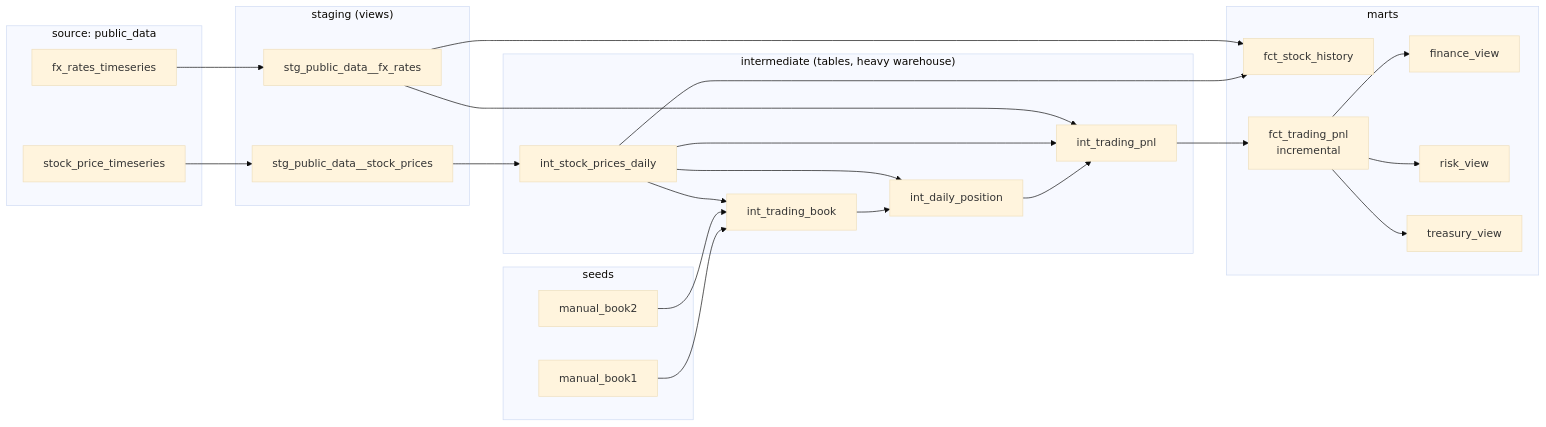
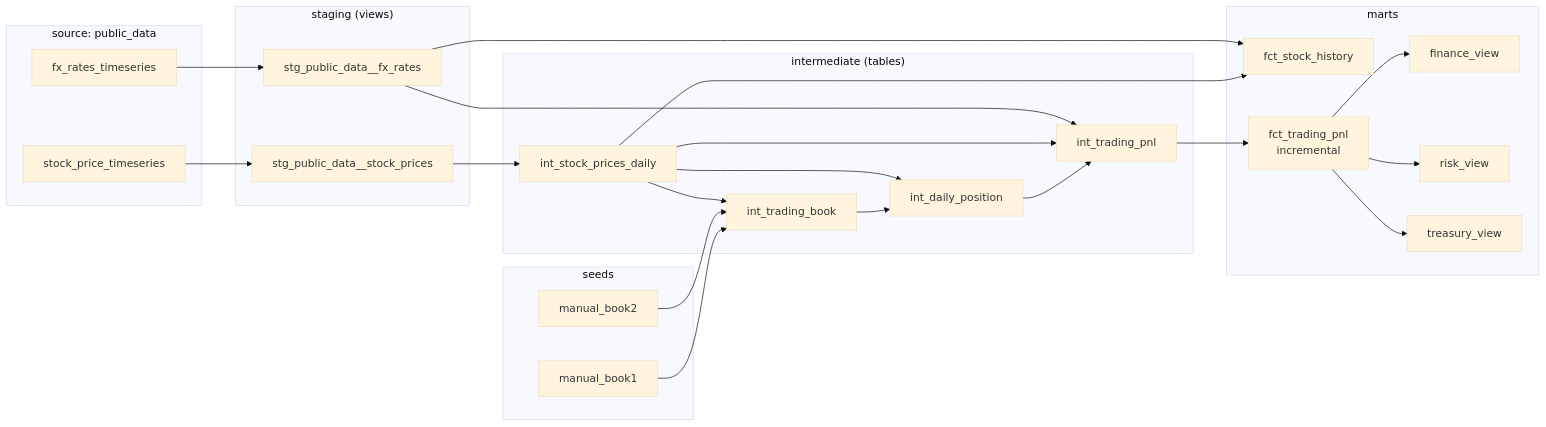
Before and after one commit to Grechenish/02_dbt_core_snowflake: the second of 2 diagrams in docs/SYSTEM_OVERVIEW.md, drawn with Mermaid (base theme). The commit also changed other lines of this file and 5 other files, not shown here.

````diff
--- a/docs/SYSTEM_OVERVIEW.md
+++ b/docs/SYSTEM_OVERVIEW.md
@@ -259,44 +274,44 @@
 ```mermaid
 flowchart LR
     subgraph SRC["source: public_data"]
         s1[stock_price_timeseries]
         s2[fx_rates_timeseries]
     end
     subgraph SEED["seeds"]
         b1[manual_book1]
         b2[manual_book2]
     end
     subgraph STG["staging (views)"]
         st1[stg_public_data__stock_prices]
         st2[stg_public_data__fx_rates]
     end
-    subgraph INT["intermediate (tables, heavy warehouse)"]
+    subgraph INT["intermediate (tables)"]
         i1[int_stock_prices_daily]
         i2[int_trading_book]
         i3[int_daily_position]
         i4[int_trading_pnl]
     end
     subgraph MART["marts"]
         m1[fct_stock_history]
         m2[fct_trading_pnl<br/>incremental]
         v1[finance_view]
         v2[risk_view]
         v3[treasury_view]
     end
     s1 --> st1 --> i1
     s2 --> st2
     b1 --> i2
     b2 --> i2
     i1 --> m1
     st2 --> m1
     i1 --> i2
     i2 --> i3
     i1 --> i3
     i3 --> i4
     i1 --> i4
     st2 --> i4
     i4 --> m2
     m2 --> v1
     m2 --> v2
     m2 --> v3
 ```
````
